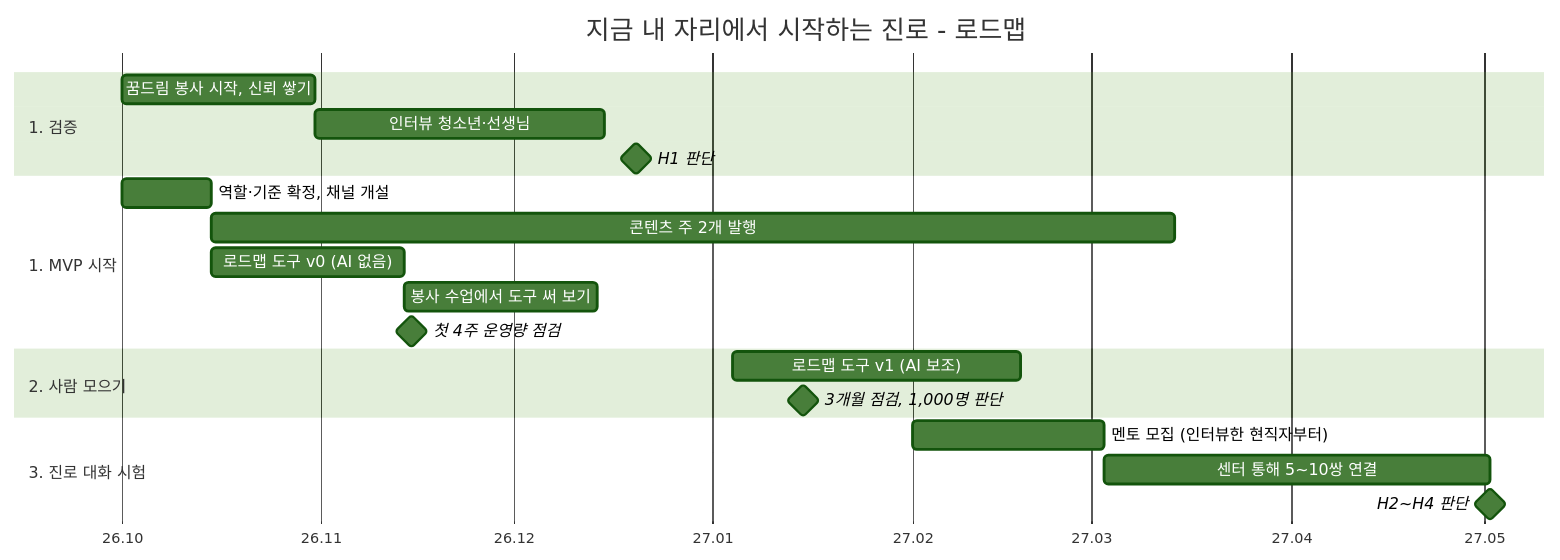
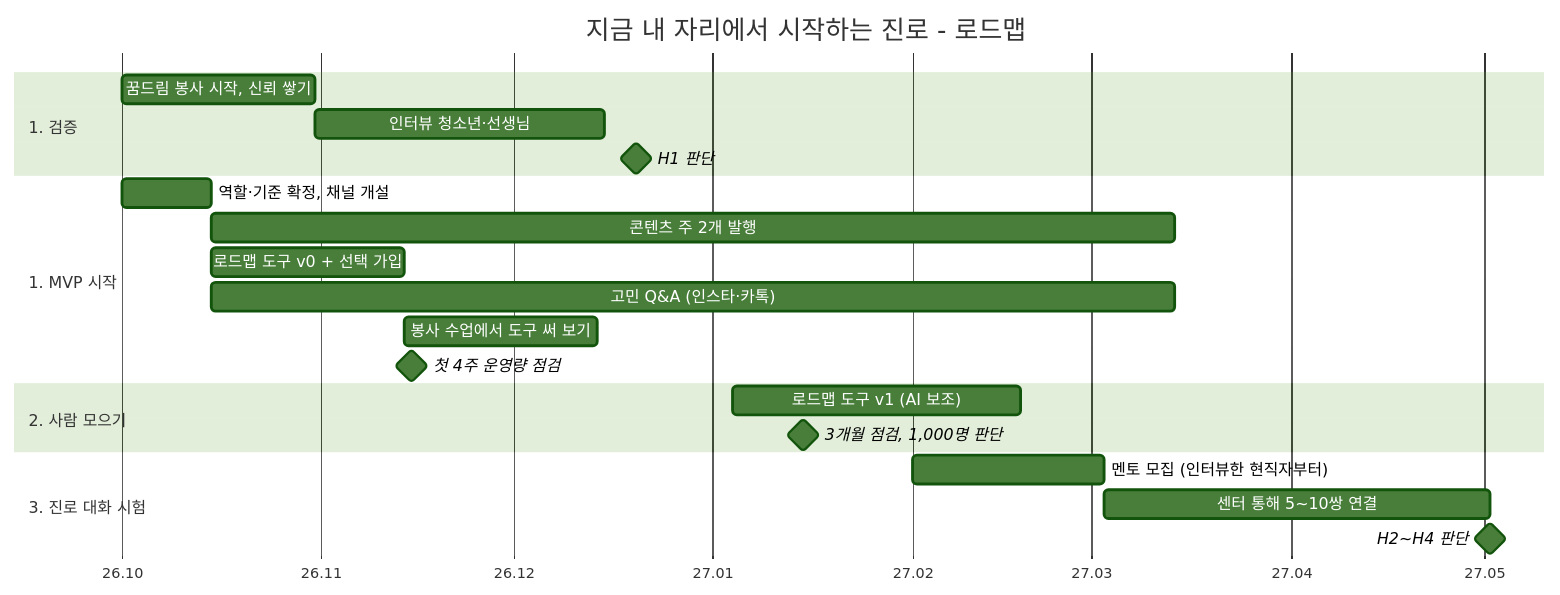
The second of 3 diagrams in docs/roadmap.md (Sweet-Butters/youth-benefit-finder), drawn with Mermaid (forest theme) before and after one commit. The commit also changed other lines of this file and 5 other files, not shown here.

````diff
--- a/docs/roadmap.md
+++ b/docs/roadmap.md
@@ -41,27 +41,28 @@
 ```mermaid
 gantt
     title 지금 내 자리에서 시작하는 진로 - 로드맵
     dateFormat YYYY-MM-DD
     axisFormat %y.%m
 
     section 1. 검증
     꿈드림 봉사 시작, 신뢰 쌓기           :v1, 2026-10-01, 30d
     인터뷰 청소년·선생님                  :v2, after v1, 45d
     H1 판단                               :milestone, m1, 2026-12-20, 0d
 
     section 1. MVP 시작
     역할·기준 확정, 채널 개설             :c0, 2026-10-01, 14d
     콘텐츠 주 2개 발행                    :c1, after c0, 150d
-    로드맵 도구 v0 (AI 없음)              :t0, 2026-10-15, 30d
+    로드맵 도구 v0 + 선택 가입            :t0, 2026-10-15, 30d
+    고민 Q&A (인스타·카톡)                :q0, after c0, 150d
     봉사 수업에서 도구 써 보기            :t1, after t0, 30d
     첫 4주 운영량 점검                    :milestone, m0, 2026-11-15, 0d
 
     section 2. 사람 모으기
     로드맵 도구 v1 (AI 보조)              :t2, 2027-01-04, 45d
     3개월 점검, 1,000명 판단              :milestone, m2, 2027-01-15, 0d
 
     section 3. 진로 대화 시험
     멘토 모집 (인터뷰한 현직자부터)       :d0, 2027-02-01, 30d
     센터 통해 5~10쌍 연결                 :d1, after d0, 60d
     H2~H4 판단                            :milestone, m3, after d1, 0d
 ```
````
